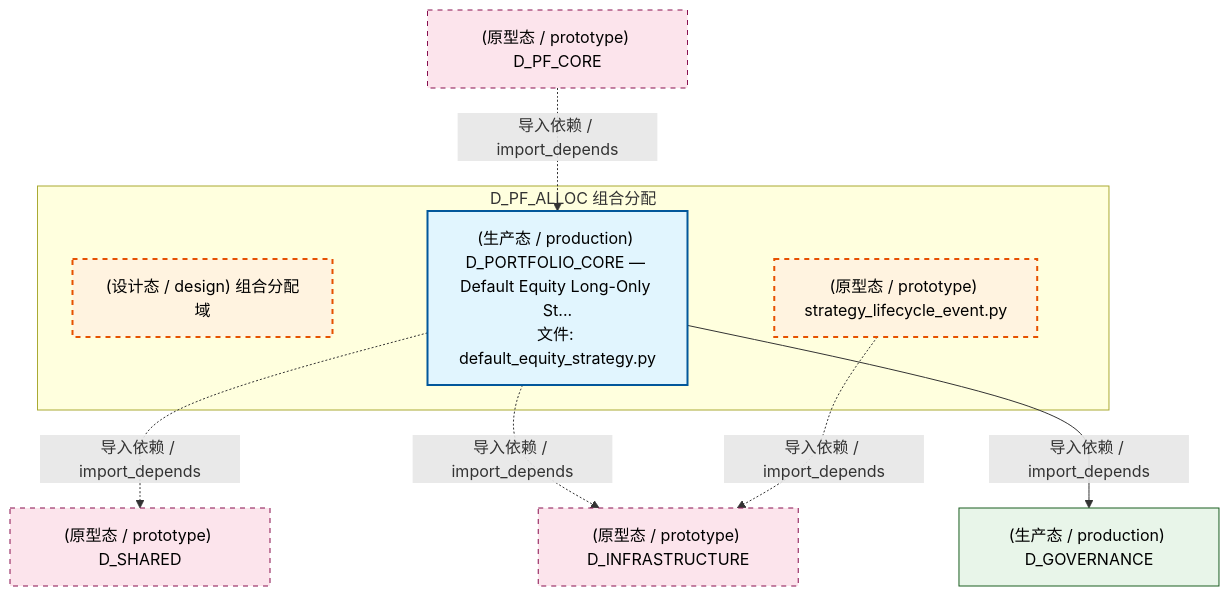
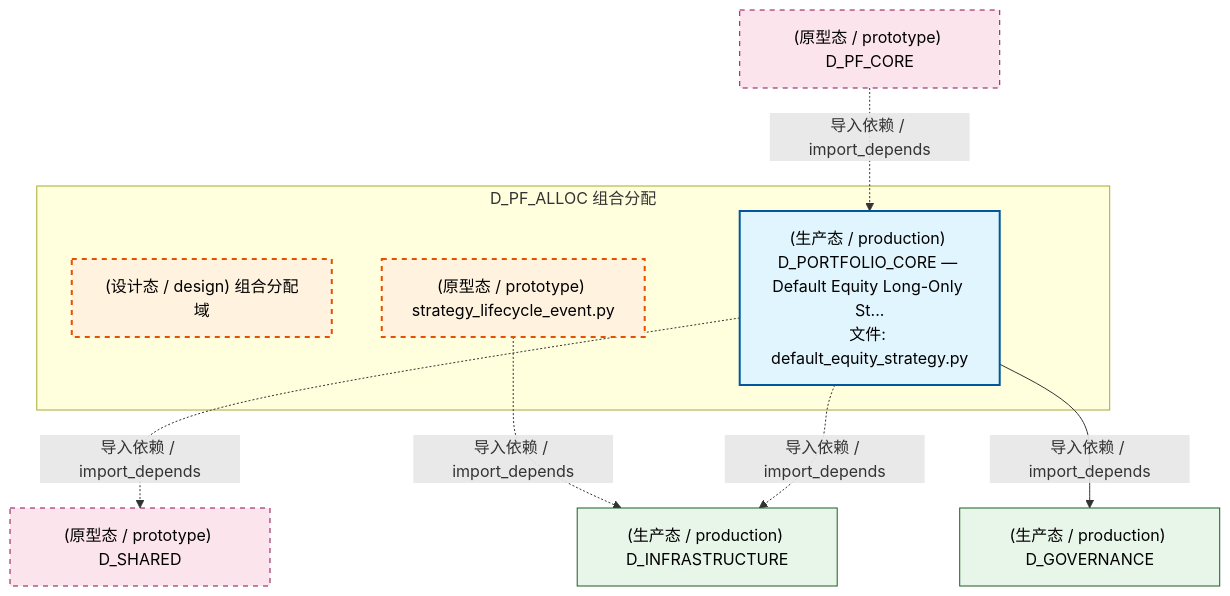
The first of 5 diagrams in docs/02_enterprise_architecture/02_domain_architecture_docs/51_d_pf_alloc.md (xuanFelixVan/ZephyrAlpha), drawn with Mermaid before and after one commit. The commit also changed other lines of this file and 115 other files, not shown here.

````diff
--- a/docs/02_enterprise_architecture/02_domain_architecture_docs/51_d_pf_alloc.md
+++ b/docs/02_enterprise_architecture/02_domain_architecture_docs/51_d_pf_alloc.md
@@ -70,25 +70,25 @@
 ```mermaid
 graph TD
     subgraph D_PF_ALLOC["D_PF_ALLOC 组合分配"]
         src_zephyr_pf_alloc["(设计态 / design) 组合分配域"]
         src_zephyr_pf_alloc_strategy_lifecycle_event_py["(原型态 / prototype) strategy_lifecycle_event.py"]
         src_zephyr_pf_core_default_equity_strategy_py["(生产态 / production) D_PORTFOLIO_CORE — Default Equity Long-Only St...<br/>文件: default_equity_strategy.py"]
     end
     D_SHARED["(原型态 / prototype) D_SHARED"]
     src_zephyr_pf_core_default_equity_strategy_py -.->|导入依赖 / import_depends| D_SHARED
-    D_INFRASTRUCTURE["(原型态 / prototype) D_INFRASTRUCTURE"]
+    D_INFRASTRUCTURE["(生产态 / production) D_INFRASTRUCTURE"]
+    src_zephyr_pf_alloc_strategy_lifecycle_event_py -.->|导入依赖 / import_depends| D_INFRASTRUCTURE
     src_zephyr_pf_core_default_equity_strategy_py -.->|导入依赖 / import_depends| D_INFRASTRUCTURE
-    src_zephyr_pf_alloc_strategy_lifecycle_event_py -.->|导入依赖 / import_depends| D_INFRASTRUCTURE
     D_GOVERNANCE["(生产态 / production) D_GOVERNANCE"]
     src_zephyr_pf_core_default_equity_strategy_py -->|导入依赖 / import_depends| D_GOVERNANCE
     D_PF_CORE["(原型态 / prototype) D_PF_CORE"]
     D_PF_CORE -.->|导入依赖 / import_depends| src_zephyr_pf_core_default_equity_strategy_py
     classDef production fill:#e1f5fe,stroke:#01579b,stroke-width:2px,color:#000
     classDef design fill:#fff3e0,stroke:#e65100,stroke-width:2px,color:#000,stroke-dasharray: 5 5
     classDef external_prod fill:#e8f5e9,stroke:#1b5e20,stroke-width:1px,color:#000
     classDef external_design fill:#fce4ec,stroke:#880e4f,stroke-width:1px,color:#000,stroke-dasharray: 5 5
     class src_zephyr_pf_core_default_equity_strategy_py production
     class src_zephyr_pf_alloc,src_zephyr_pf_alloc_strategy_lifecycle_event_py design
-    class D_GOVERNANCE external_prod
-    class D_SHARED,D_INFRASTRUCTURE,D_PF_CORE external_design
+    class D_INFRASTRUCTURE,D_GOVERNANCE external_prod
+    class D_SHARED,D_PF_CORE external_design
 ```
````
